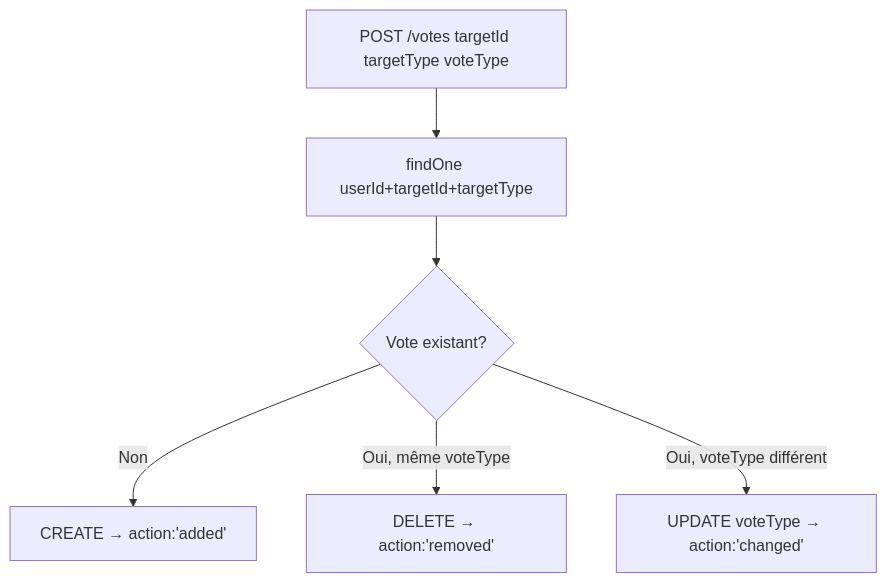
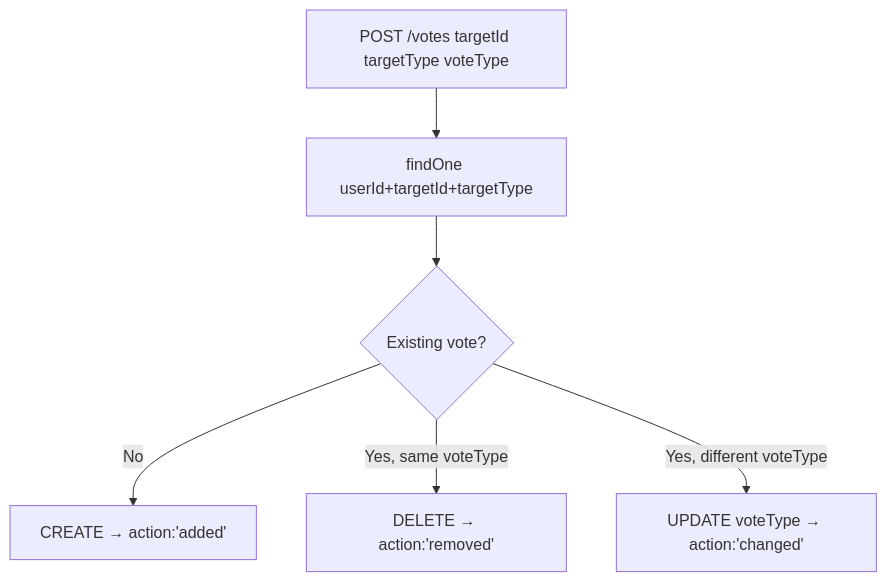
Before and after one commit to creibaud/QuartierConnect: the eighth of 13 diagrams in docs/RAPPORT-TECHNIQUE.md, drawn with Mermaid. The commit also changed other lines of this file and 155 other files, not shown here.

````diff
--- a/docs/RAPPORT-TECHNIQUE.md
+++ b/docs/RAPPORT-TECHNIQUE.md
@@ -512,8 +512,8 @@
 ```mermaid
 flowchart TD
     A[POST /votes targetId targetType voteType] --> B[findOne userId+targetId+targetType]
-    B --> C{Vote existant?}
-    C -->|Non| D[CREATE → action:'added']
-    C -->|Oui, même voteType| E[DELETE → action:'removed']
-    C -->|Oui, voteType différent| F[UPDATE voteType → action:'changed']
+    B --> C{Existing vote?}
+    C -->|No| D[CREATE → action:'added']
+    C -->|Yes, same voteType| E[DELETE → action:'removed']
+    C -->|Yes, different voteType| F[UPDATE voteType → action:'changed']
 ```
````
